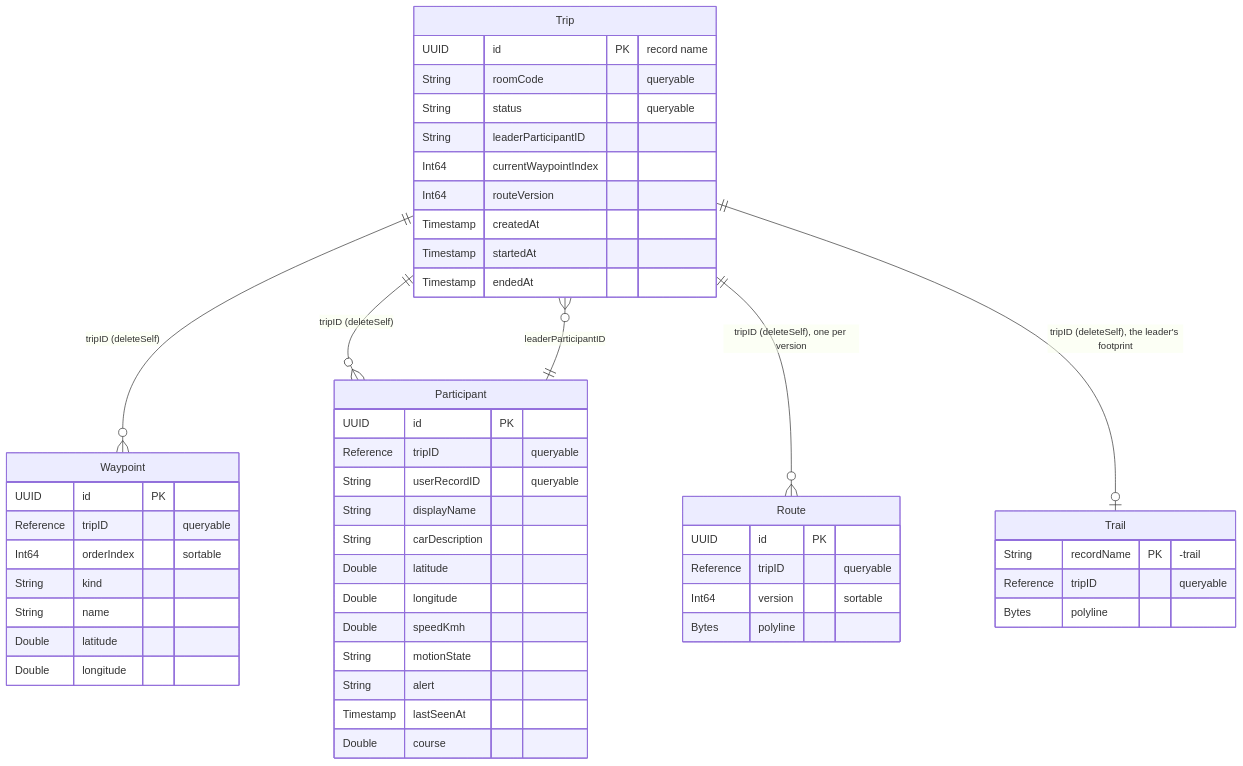
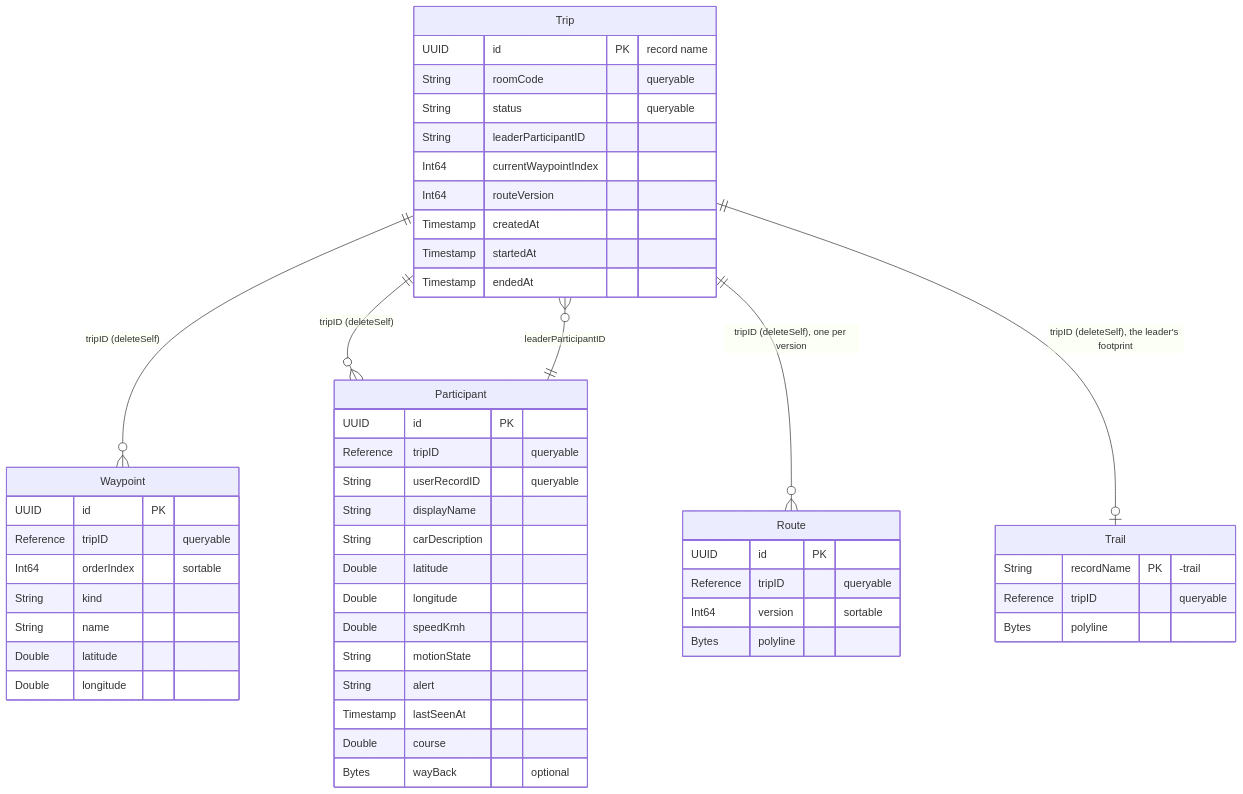
Before and after one commit to C5-M3/Lezgo: the diagram in CloudKit/TripSync.md, drawn with Mermaid. The commit also changed other lines of this file and 1 other file, not shown here.

Commit message:
docs(trip): describe way backs, the start name and leader edits

````diff
--- a/CloudKit/TripSync.md
+++ b/CloudKit/TripSync.md
@@ -297,54 +298,55 @@
 ```mermaid
 erDiagram
     Trip ||--o{ Waypoint : "tripID (deleteSelf)"
     Trip ||--o{ Participant : "tripID (deleteSelf)"
     Trip ||--o{ Route : "tripID (deleteSelf), one per version"
     Trip ||--o| Trail : "tripID (deleteSelf), the leader's footprint"
     Trip }o--|| Participant : "leaderParticipantID"
 
     Trip {
         UUID id PK "record name"
         String roomCode "queryable"
         String status "queryable"
         String leaderParticipantID
         Int64 currentWaypointIndex
         Int64 routeVersion
         Timestamp createdAt
         Timestamp startedAt
         Timestamp endedAt
     }
     Waypoint {
         UUID id PK
         Reference tripID "queryable"
         Int64 orderIndex "sortable"
         String kind
         String name
         Double latitude
         Double longitude
     }
     Participant {
         UUID id PK
         Reference tripID "queryable"
         String userRecordID "queryable"
         String displayName
         String carDescription
         Double latitude
         Double longitude
         Double speedKmh
         String motionState
         String alert
         Timestamp lastSeenAt
         Double course
+        Bytes wayBack "optional"
     }
     Route {
         UUID id PK
         Reference tripID "queryable"
         Int64 version "sortable"
         Bytes polyline
     }
     Trail {
         String recordName PK "<tripID>-trail"
         Reference tripID "queryable"
         Bytes polyline
     }
 ```
````
